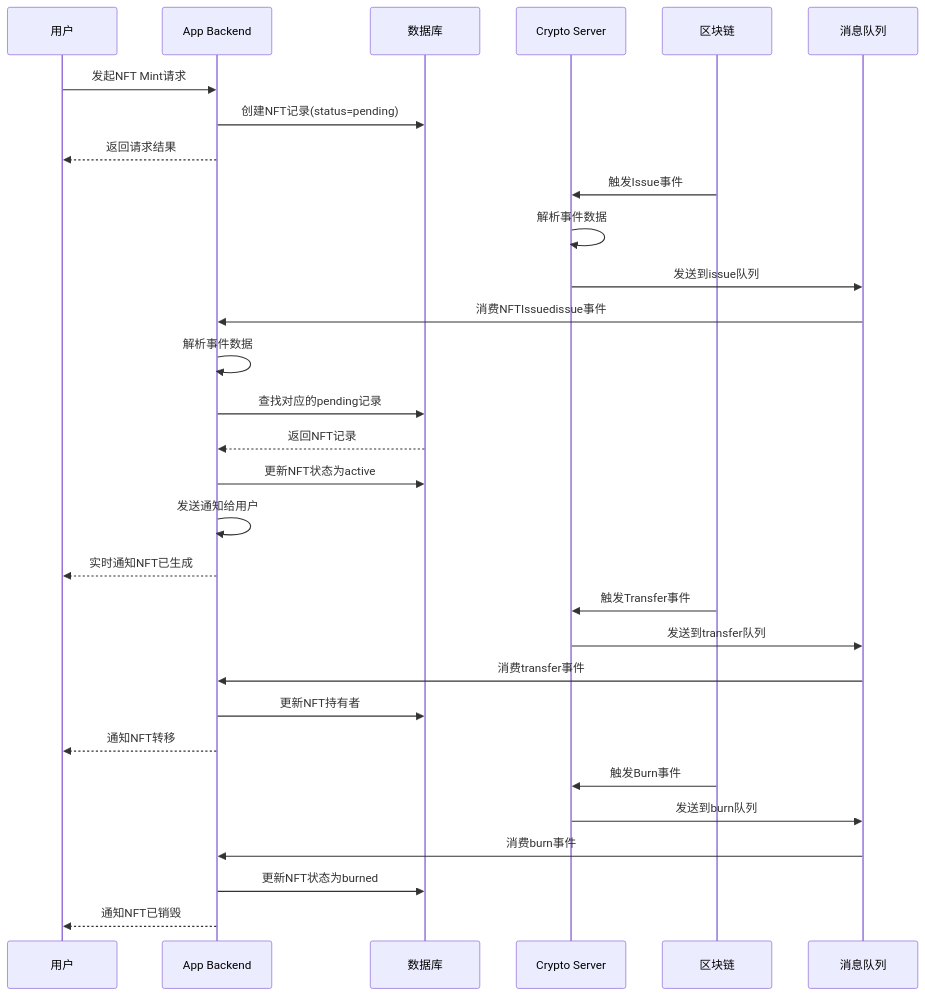
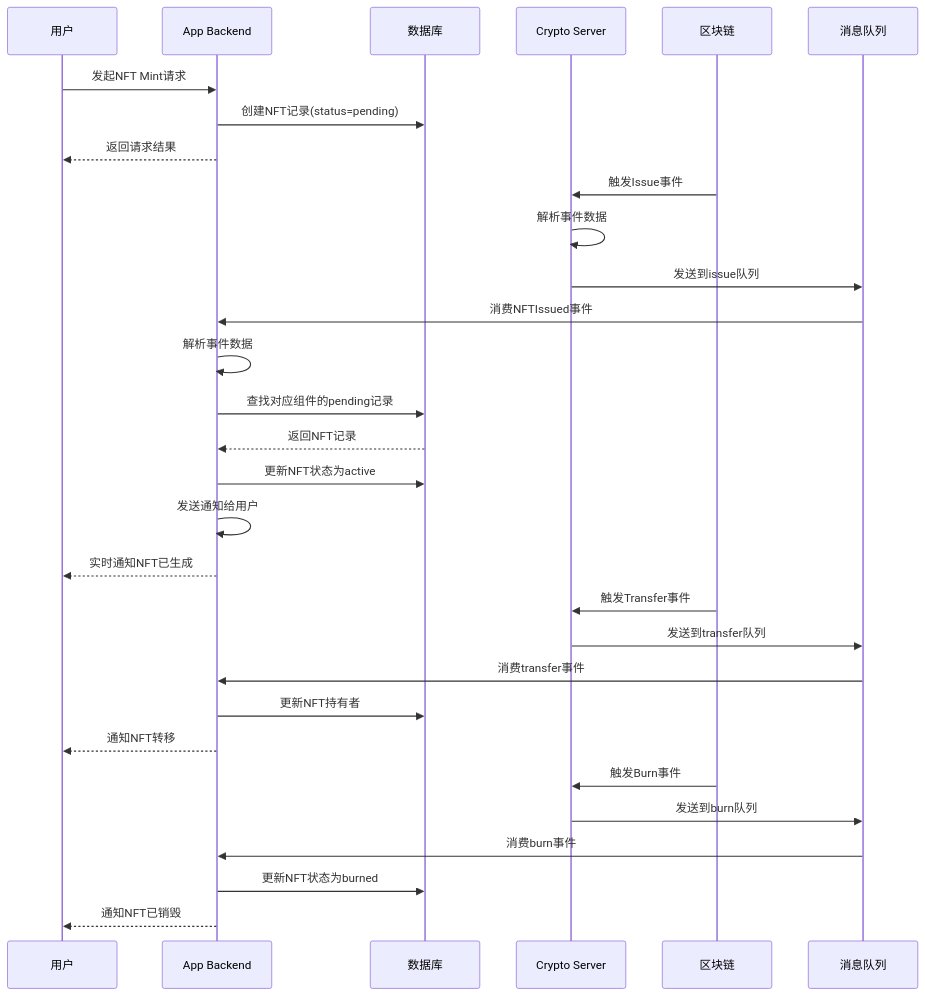
Before and after one commit to yingjianzh/iodraw-files: the diagram in all/未命名-71.md, drawn with Mermaid.

Commit message:
2025-07-03 17:23:12 update

````diff
--- a/all/未命名-71.md
+++ b/all/未命名-71.md
@@ -1,42 +1,42 @@
 ```mermaid
 sequenceDiagram
     participant U as 用户
     participant AB as App Backend
     participant DB as 数据库
     participant CS as Crypto Server
     participant BC as 区块链
     participant MQ as 消息队列
     
     %% NFT Mint 流程
     U->>AB: 发起NFT Mint请求
     AB->>DB: 创建NFT记录(status=pending)
     AB-->>U: 返回请求结果
     
     %% 区块链事件监听
     BC->>CS: 触发Issue事件
     CS->>CS: 解析事件数据
     CS->>MQ: 发送到issue队列
     
     %% App Backend 处理
-    MQ->>AB: 消费NFTIssuedissue事件
+    MQ->>AB: 消费NFTIssued事件
     AB->>AB: 解析事件数据
-    AB->>DB: 查找对应的pending记录
+    AB->>DB: 查找对应组件的pending记录
     DB-->>AB: 返回NFT记录
     AB->>DB: 更新NFT状态为active
     AB->>AB: 发送通知给用户
     AB-->>U: 实时通知NFT已生成
     
     %% Transfer 事件处理
     BC->>CS: 触发Transfer事件
     CS->>MQ: 发送到transfer队列
     MQ->>AB: 消费transfer事件
     AB->>DB: 更新NFT持有者
     AB-->>U: 通知NFT转移
     
     %% Burn 事件处理
     BC->>CS: 触发Burn事件
     CS->>MQ: 发送到burn队列
     MQ->>AB: 消费burn事件
     AB->>DB: 更新NFT状态为burned
     AB-->>U: 通知NFT已销毁
 ```
````
